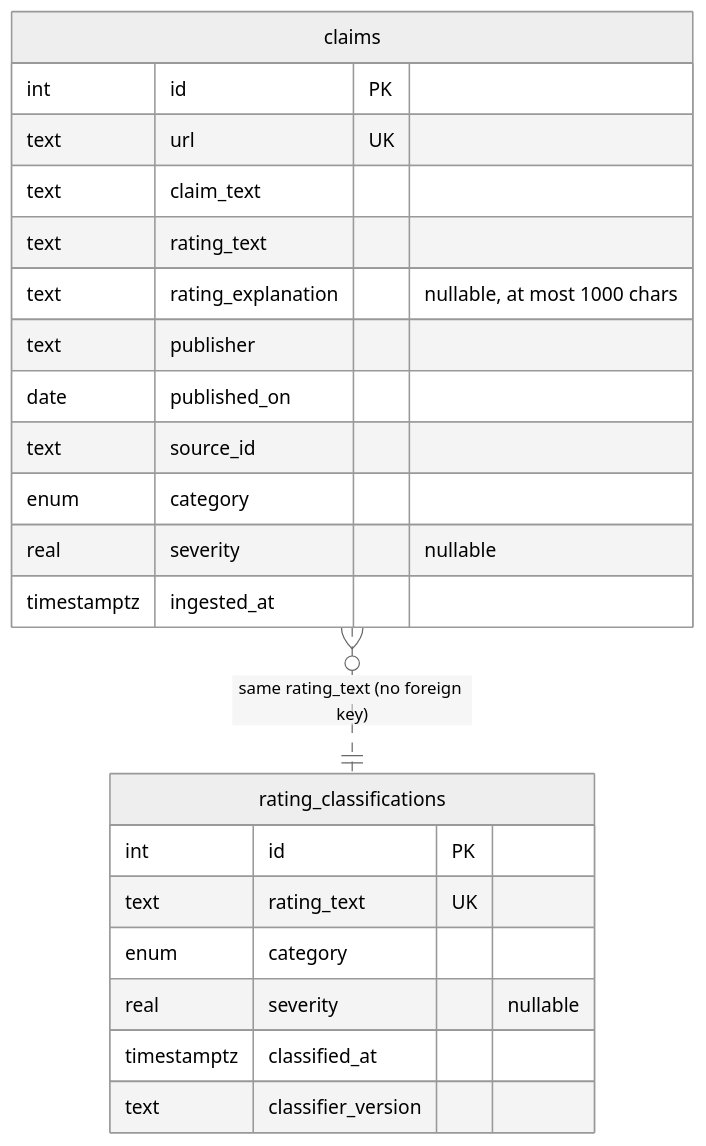
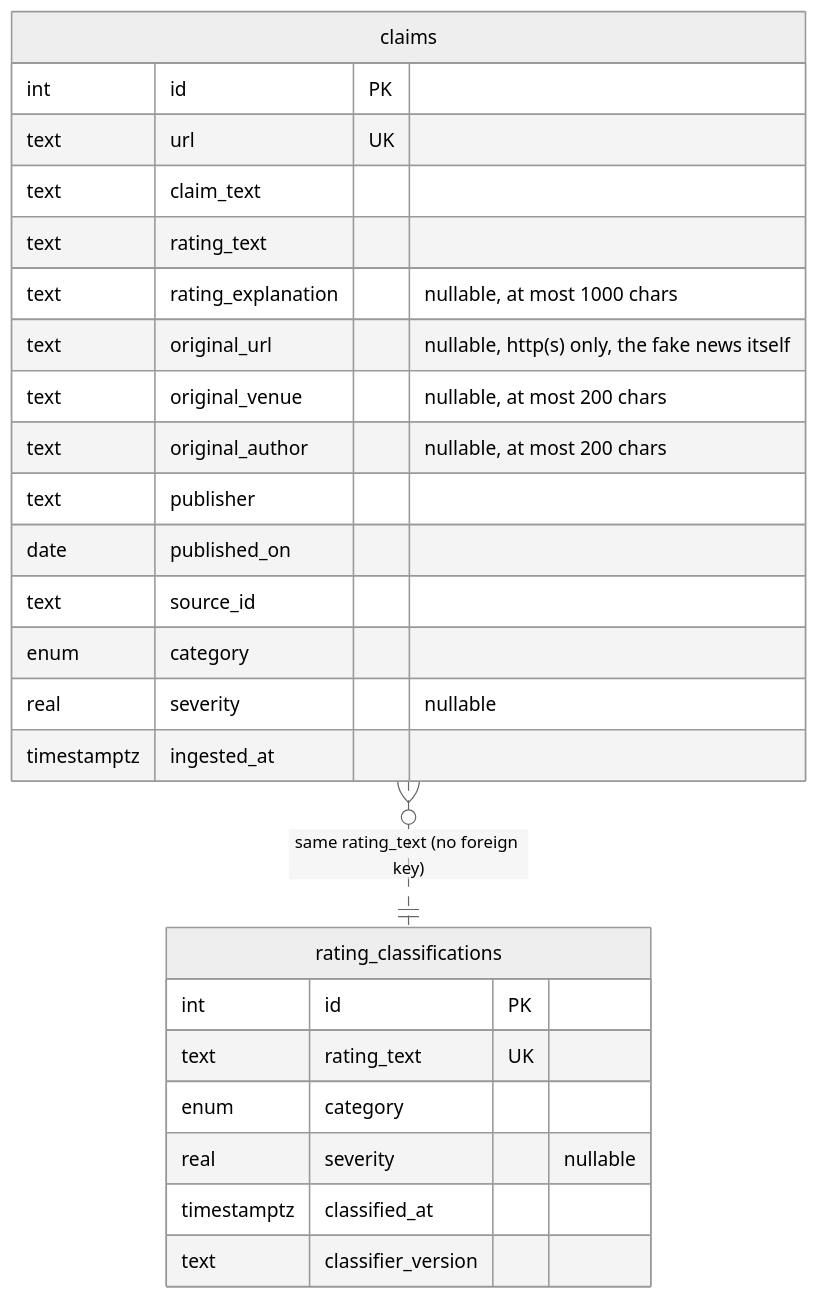
Before and after one commit to mathiasVoelcker/fact-check-feed: the second of 2 diagrams in docs/architecture.md, drawn with Mermaid (neutral theme). The commit also changed other lines of this file and 32 other files, not shown here.

````diff
--- a/docs/architecture.md
+++ b/docs/architecture.md
@@ -72,27 +72,30 @@
 ```mermaid
 erDiagram
   claims }o..|| rating_classifications : "same rating_text (no foreign key)"
 
   claims {
     int id PK
     text url UK
     text claim_text
     text rating_text
     text rating_explanation "nullable, at most 1000 chars"
+    text original_url "nullable, http(s) only, the fake news itself"
+    text original_venue "nullable, at most 200 chars"
+    text original_author "nullable, at most 200 chars"
     text publisher
     date published_on
     text source_id
     enum category
     real severity "nullable"
     timestamptz ingested_at
   }
 
   rating_classifications {
     int id PK
     text rating_text UK
     enum category
     real severity "nullable"
     timestamptz classified_at
     text classifier_version
   }
 ```
````
